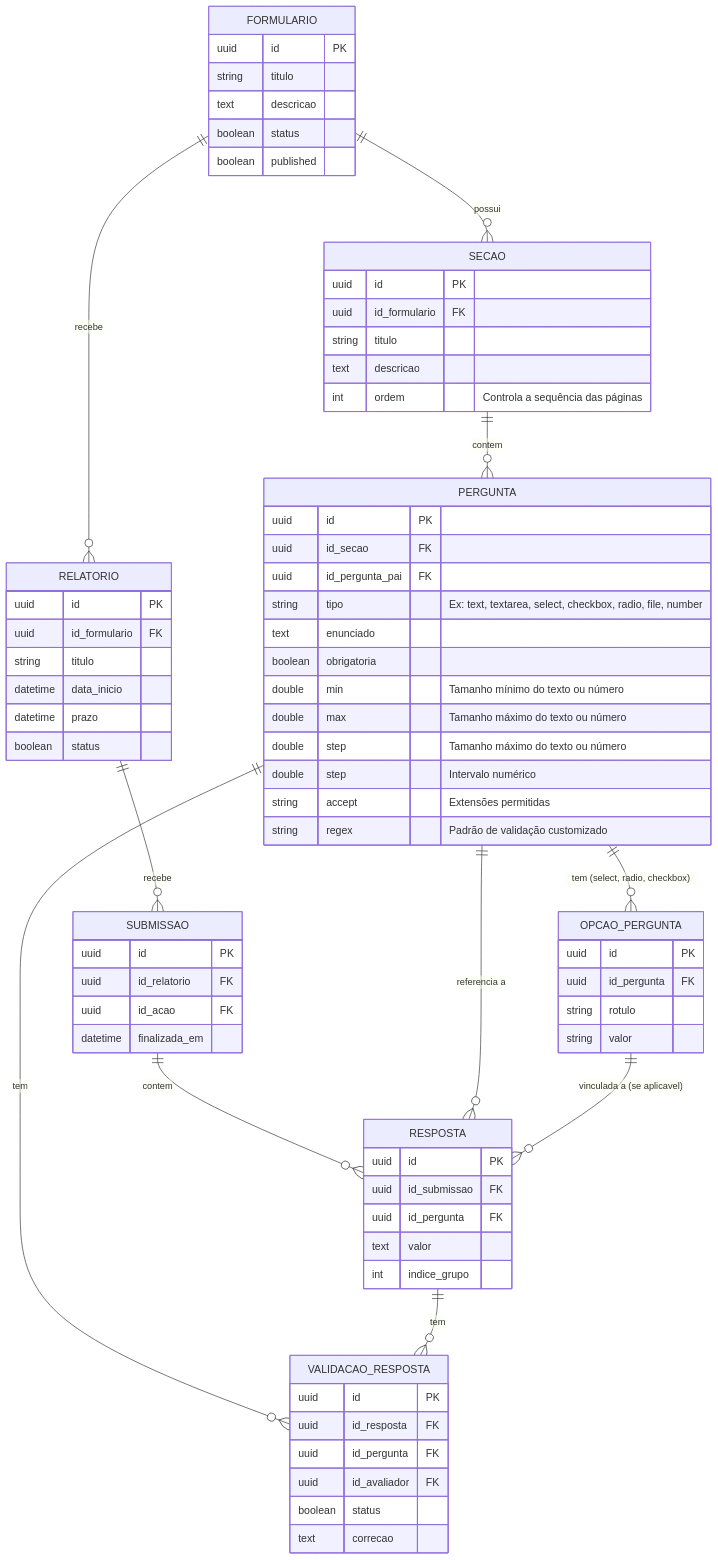
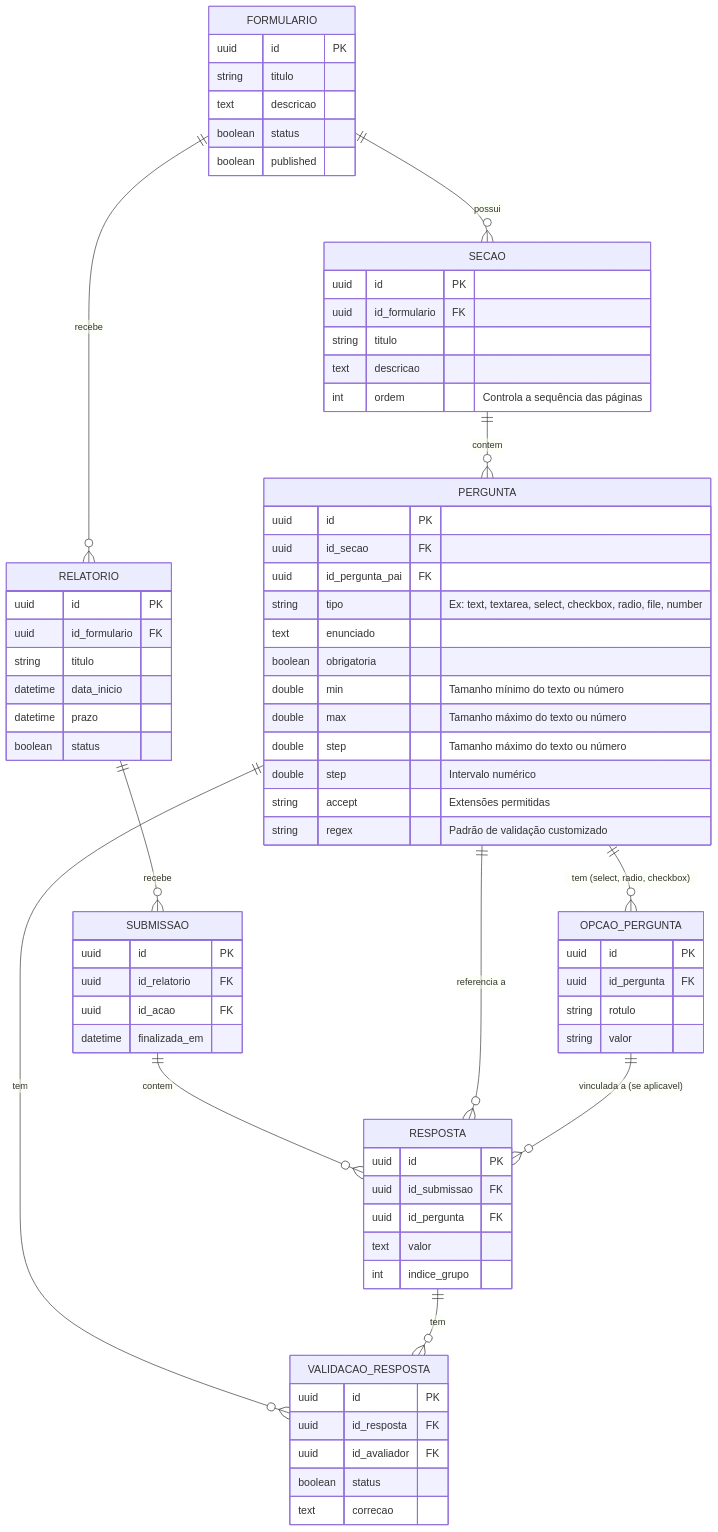
The second of 2 diagrams in README.md (PROEX-UFCA/sigex), drawn with Mermaid before and after one commit. The commit also changed 6 other files, not shown here.

```diff
--- a/README.md
+++ b/README.md
@@ -185,7 +185,6 @@
     VALIDACAO_RESPOSTA{
         uuid id PK
         uuid id_resposta FK
-        uuid id_pergunta FK
         uuid id_avaliador FK
         boolean status 
         text correcao
```
